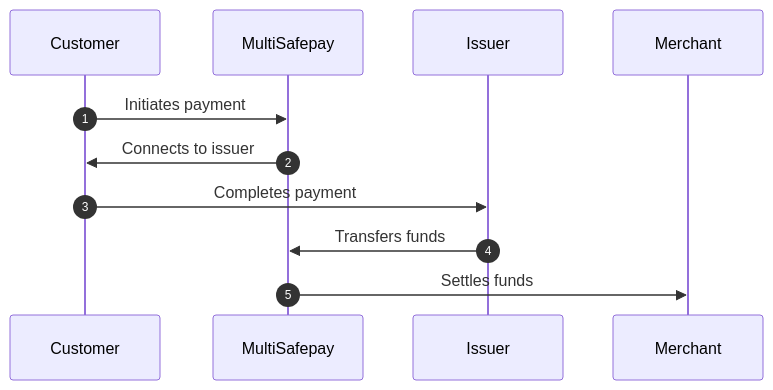
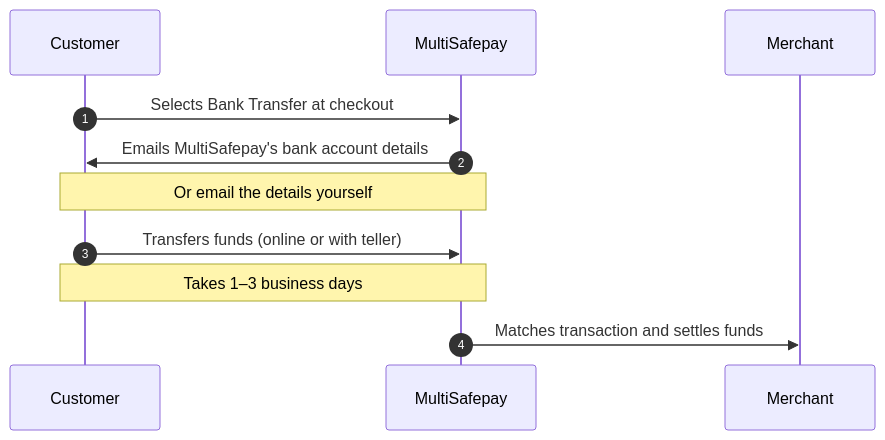
The diagram in content/payments/methods/banks/bank-transfer/payment-flow.md (MultiSafepay/docs), drawn with Mermaid before and after one commit. The commit also changed other lines of this file and 38 other files, not shown here.

```diff
--- a/content/payments/methods/banks/bank-transfer/payment-flow.md
+++ b/content/payments/methods/banks/bank-transfer/payment-flow.md
@@ -17,16 +17,16 @@
 {{< mermaid class="text-center" >}}
 
 sequenceDiagram
     autonumber
     participant C as Customer
     participant Mu as MultiSafepay
-    participant I as Issuer
     participant Me as Merchant
 
-    C->>Mu: Initiates payment
-    Mu->>C: Connects to issuer
-    C->>I: Completes payment 
-    I->>Mu: Transfers funds
-    Mu->>Me: Settles funds
-
+    C->>Mu: Selects Bank Transfer at checkout
+    Mu->>C: Emails MultiSafepay's bank account details
+    Note over Mu,C: Or email the details yourself
+    C->>Mu: Transfers funds (online or with teller)
+    Note over C,Mu: Takes 1–3 business days 
+    Mu->>Me: Matches transaction and settles funds
+    
 {{< /mermaid >}}
```
